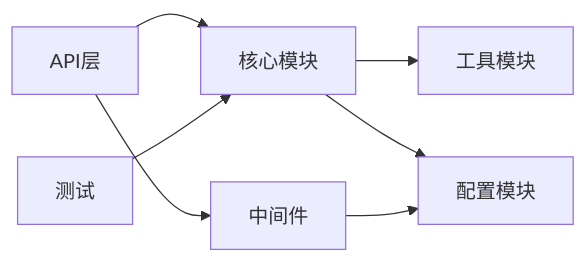
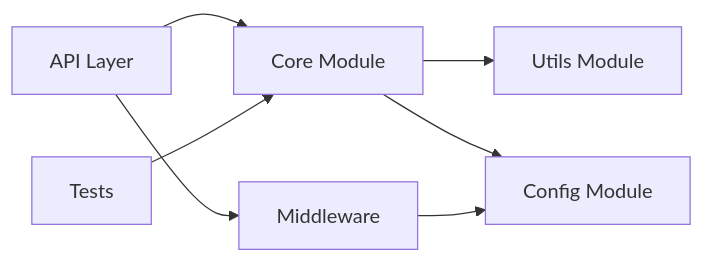
Before and after one commit to mjczz/project-analyzer: the first of 16 diagrams in TEMPLATE.md, drawn with Mermaid. The commit also changed other lines of this file and 8 other files, not shown here.

````diff
--- a/TEMPLATE.md
+++ b/TEMPLATE.md
@@ -34,9 +34,9 @@
 ```mermaid
 graph LR
-    A[核心模块] --> B[工具模块]
-    A --> C[配置模块]
-    D[API层] --> A
-    D --> E[中间件]
+    A[Core Module] --> B[Utils Module]
+    A --> C[Config Module]
+    D[API Layer] --> A
+    D --> E[Middleware]
     E --> C
-    F[测试] --> A
+    F[Tests] --> A
 ```
````
